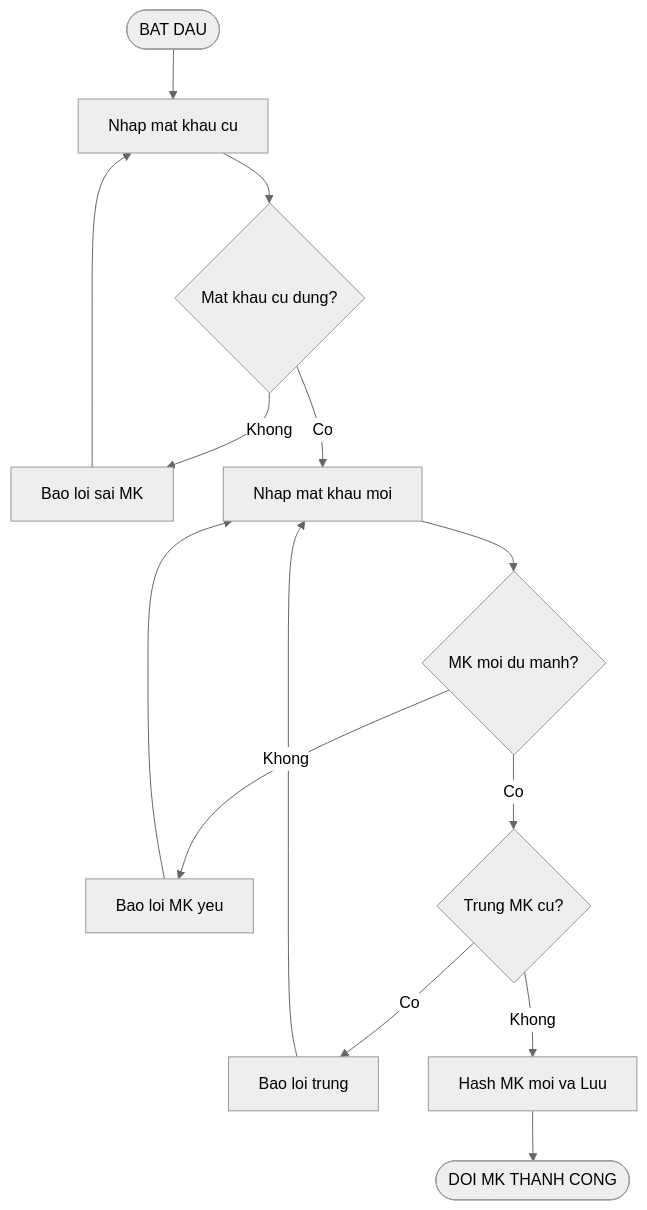
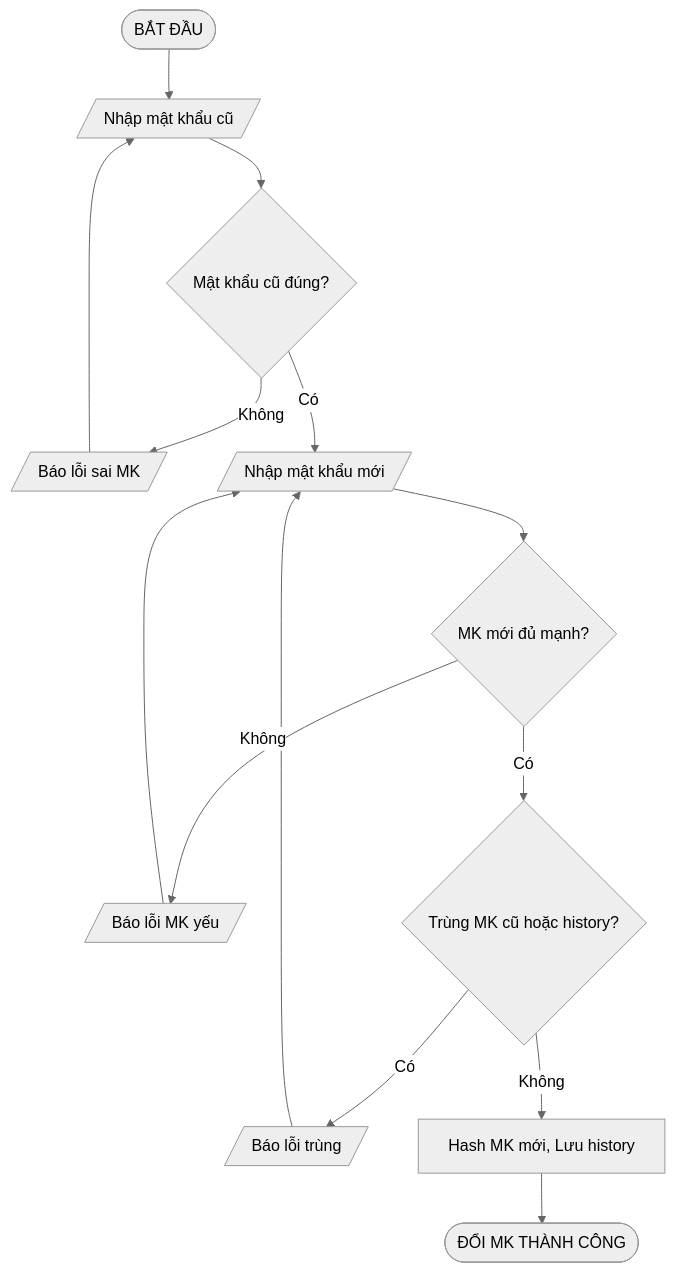
One commit to phucphuc2006/pro-192 changed the seventh of 20 diagrams in docs/Flowcharts/Flowcharts.md. Above: the diagram before and after it, drawn with Mermaid (neutral theme). The commit also changed other lines of this file, not shown here.

Commit message:
Restore original Mermaid flowcharts

````diff
--- a/docs/Flowcharts/Flowcharts.md
+++ b/docs/Flowcharts/Flowcharts.md
@@ -108,16 +124,16 @@
 ```mermaid
 flowchart TD
-    A(["BAT DAU"]) --> B["Nhap mat khau cu"]
-    B --> C{"Mat khau cu dung?"}
-    C -->|Khong| D["Bao loi sai MK"]
+    A([BẮT ĐẦU]) --> B[/Nhập mật khẩu cũ/]
+    B --> C{Mật khẩu cũ đúng?}
+    C -->|Không| D[/Báo lỗi sai MK/]
     D --> B
-    C -->|Co| E["Nhap mat khau moi"]
-    E --> F{"MK moi du manh?"}
-    F -->|Khong| G["Bao loi MK yeu"]
+    C -->|Có| E[/Nhập mật khẩu mới/]
+    E --> F{MK mới đủ mạnh?}
+    F -->|Không| G[/Báo lỗi MK yếu/]
     G --> E
-    F -->|Co| H{"Trung MK cu?"}
-    H -->|Co| I["Bao loi trung"]
+    F -->|Có| H{Trùng MK cũ hoặc history?}
+    H -->|Có| I[/Báo lỗi trùng/]
     I --> E
-    H -->|Khong| J["Hash MK moi va Luu"]
-    J --> K(["DOI MK THANH CONG"])
+    H -->|Không| J[Hash MK mới, Lưu history]
+    J --> K([ĐỔI MK THÀNH CÔNG])
 ```
````
